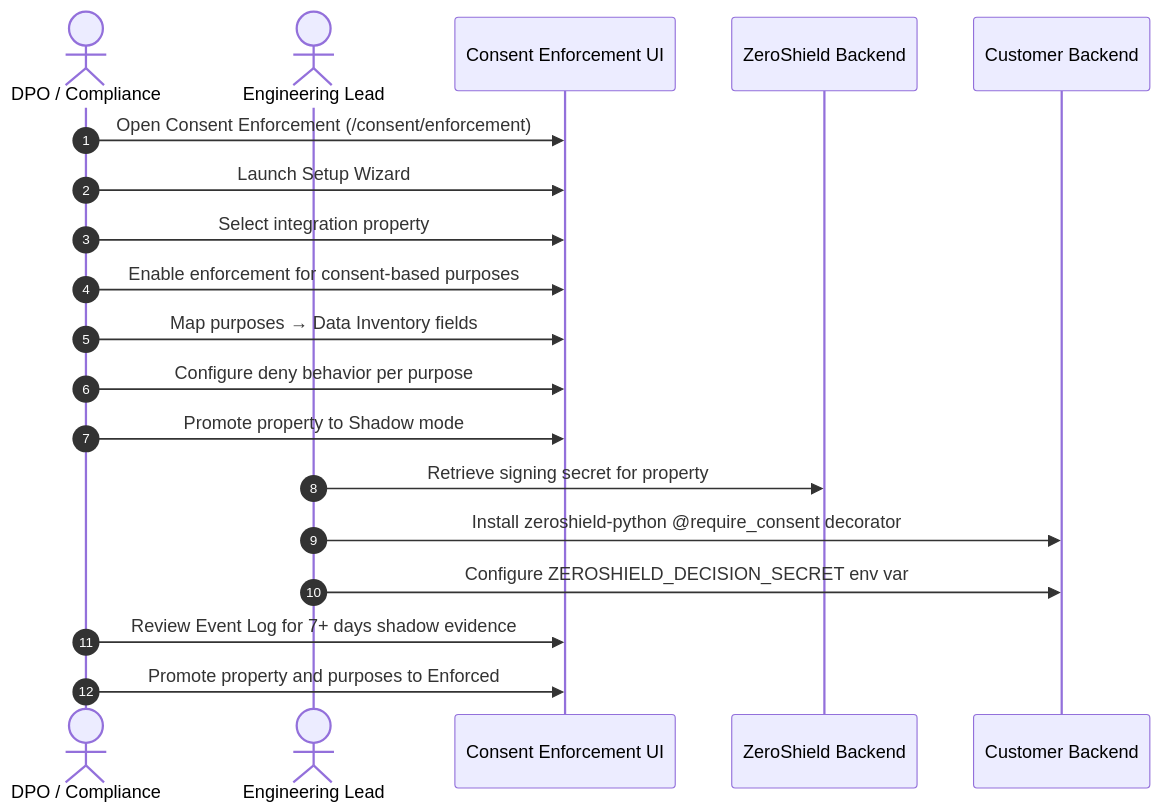
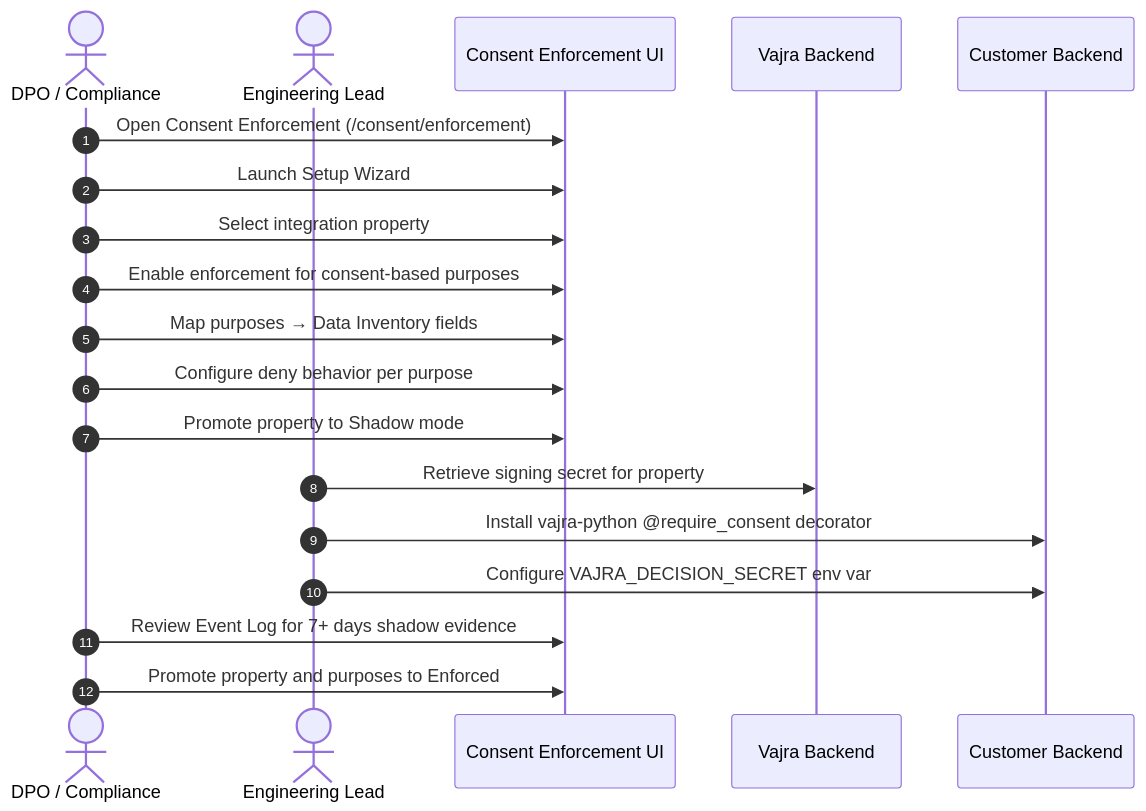
The second of 4 diagrams in backend/platform_docs/Consent Management/consent_enforcement.md (shreyv7/hack), drawn with Mermaid before and after one commit. The commit also changed other lines of this file and 345 other files, not shown here.

Commit message:
feat(backend): implement HealthShield healthcare backend, emergency break-glass, and Gemma gateway

````diff
--- a/backend/platform_docs/Consent Management/consent_enforcement.md
+++ b/backend/platform_docs/Consent Management/consent_enforcement.md
@@ -60,22 +60,22 @@
 ```mermaid
 sequenceDiagram
     autonumber
     actor DPO as DPO / Compliance
     actor Eng as Engineering Lead
     participant FE as Consent Enforcement UI
-    participant BE as ZeroShield Backend
+    participant BE as Vajra Backend
     participant Cust as Customer Backend
 
     DPO->>FE: Open Consent Enforcement (/consent/enforcement)
     DPO->>FE: Launch Setup Wizard
     DPO->>FE: Select integration property
     DPO->>FE: Enable enforcement for consent-based purposes
     DPO->>FE: Map purposes → Data Inventory fields
   DPO->>FE: Configure deny behavior per purpose
     DPO->>FE: Promote property to Shadow mode
     Eng->>BE: Retrieve signing secret for property
-    Eng->>Cust: Install zeroshield-python @require_consent decorator
-    Eng->>Cust: Configure ZEROSHIELD_DECISION_SECRET env var
+    Eng->>Cust: Install vajra-python @require_consent decorator
+    Eng->>Cust: Configure VAJRA_DECISION_SECRET env var
     DPO->>FE: Review Event Log for 7+ days shadow evidence
     DPO->>FE: Promote property and purposes to Enforced
 ```
````
